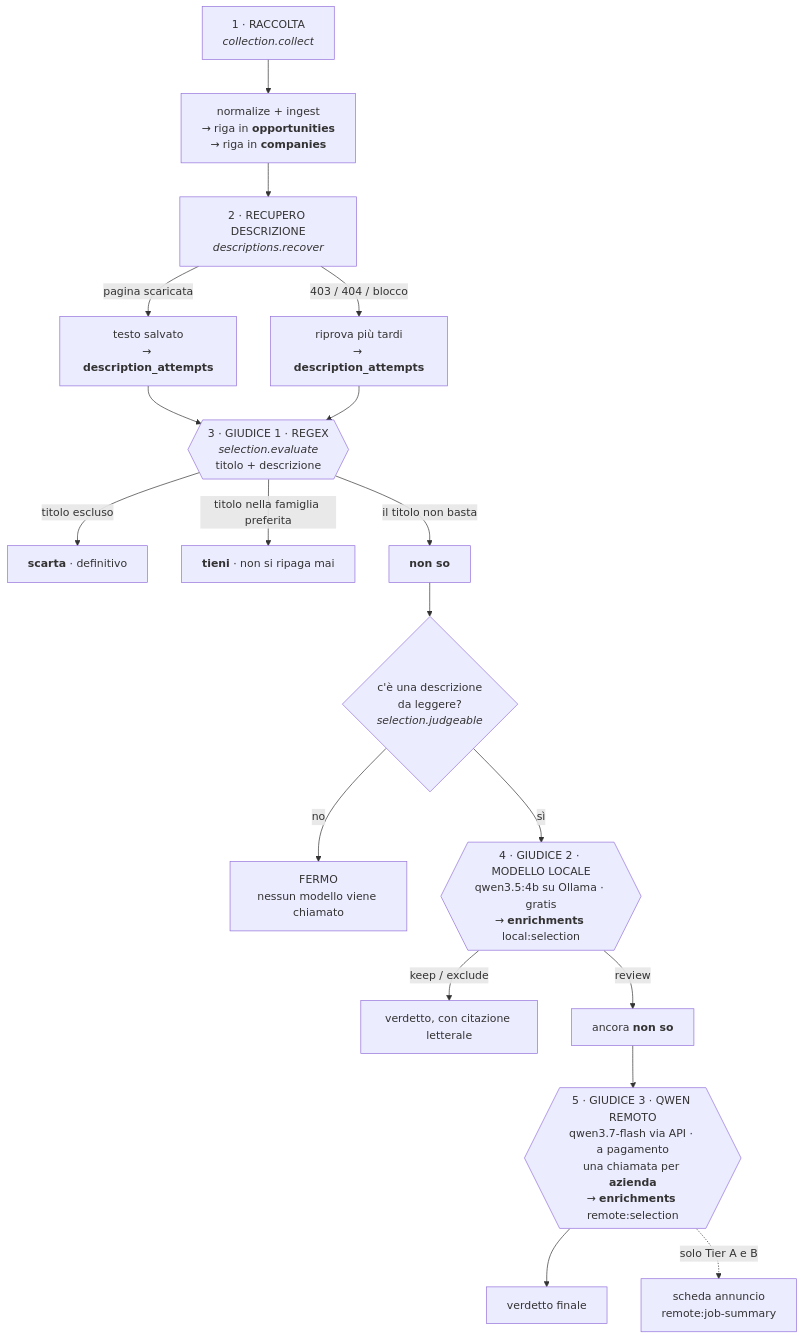
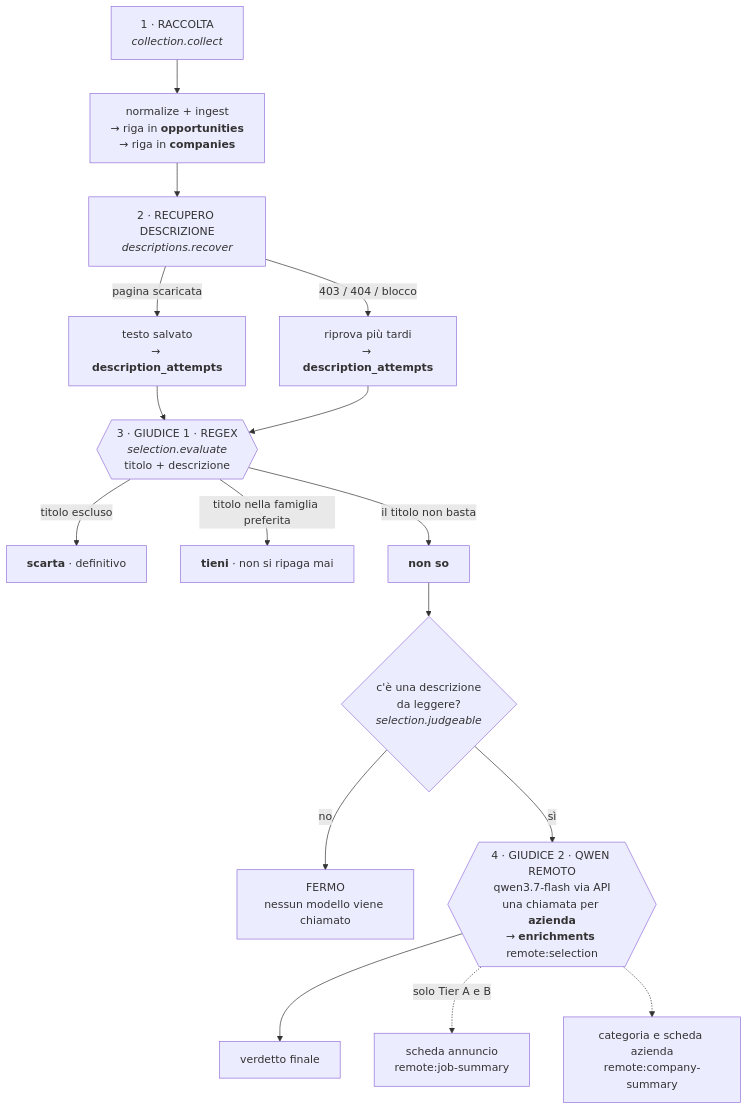
Before and after one commit to ettoremodina/JobHunter: the second of 4 diagrams in docs/pipeline-completa.md, drawn with Mermaid. The commit also changed other lines of this file and 11 other files, not shown here.

Commit message:
rimosso modello locale

````diff
--- a/docs/pipeline-completa.md
+++ b/docs/pipeline-completa.md
@@ -43,26 +43,23 @@
 ```mermaid
 flowchart TD
     S1["1 · RACCOLTA<br/><i>collection.collect</i>"] --> N["normalize + ingest<br/>→ riga in <b>opportunities</b><br/>→ riga in <b>companies</b>"]
     N --> S2["2 · RECUPERO DESCRIZIONE<br/><i>descriptions.recover</i>"]
     S2 -->|"pagina scaricata"| D1["testo salvato<br/>→ <b>description_attempts</b>"]
     S2 -->|"403 / 404 / blocco"| D2["riprova più tardi<br/>→ <b>description_attempts</b>"]
     D1 --> G1
     D2 --> G1
 
     G1{{"3 · GIUDICE 1 · REGEX<br/><i>selection.evaluate</i><br/>titolo + descrizione"}}
     G1 -->|"titolo escluso"| X1["<b>scarta</b> · definitivo"]
     G1 -->|"titolo nella famiglia preferita"| K1["<b>tieni</b> · non si ripaga mai"]
     G1 -->|"il titolo non basta"| U1["<b>non so</b>"]
 
     U1 --> J{"c'è una descrizione<br/>da leggere?<br/><i>selection.judgeable</i>"}
     J -->|"no"| W["FERMO<br/>nessun modello viene chiamato"]
-    J -->|"sì"| G2
+    J -->|"sì"| G3
 
-    G2{{"4 · GIUDICE 2 · MODELLO LOCALE<br/>qwen3.5:4b su Ollama · gratis<br/>→ <b>enrichments</b> local:selection"}}
-    G2 -->|"keep / exclude"| K2["verdetto, con citazione letterale"]
-    G2 -->|"review"| U2["ancora <b>non so</b>"]
-
-    U2 --> G3{{"5 · GIUDICE 3 · QWEN REMOTO<br/>qwen3.7-flash via API · a pagamento<br/>una chiamata per <b>azienda</b><br/>→ <b>enrichments</b> remote:selection"}}
+    G3{{"4 · GIUDICE 2 · QWEN REMOTO<br/>qwen3.7-flash via API<br/>una chiamata per <b>azienda</b><br/>→ <b>enrichments</b> remote:selection"}}
     G3 --> K3["verdetto finale"]
     G3 -.->|"solo Tier A e B"| C1["scheda annuncio<br/>remote:job-summary"]
+    G3 -.-> C2["categoria e scheda azienda<br/>remote:company-summary"]
 ```
````
